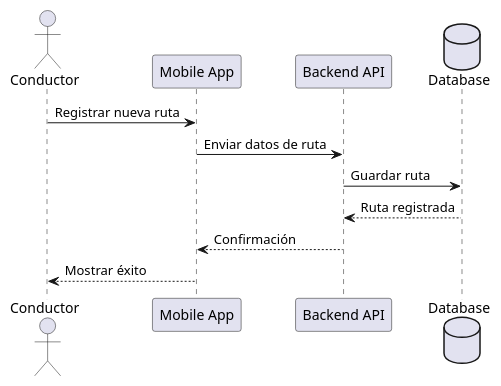
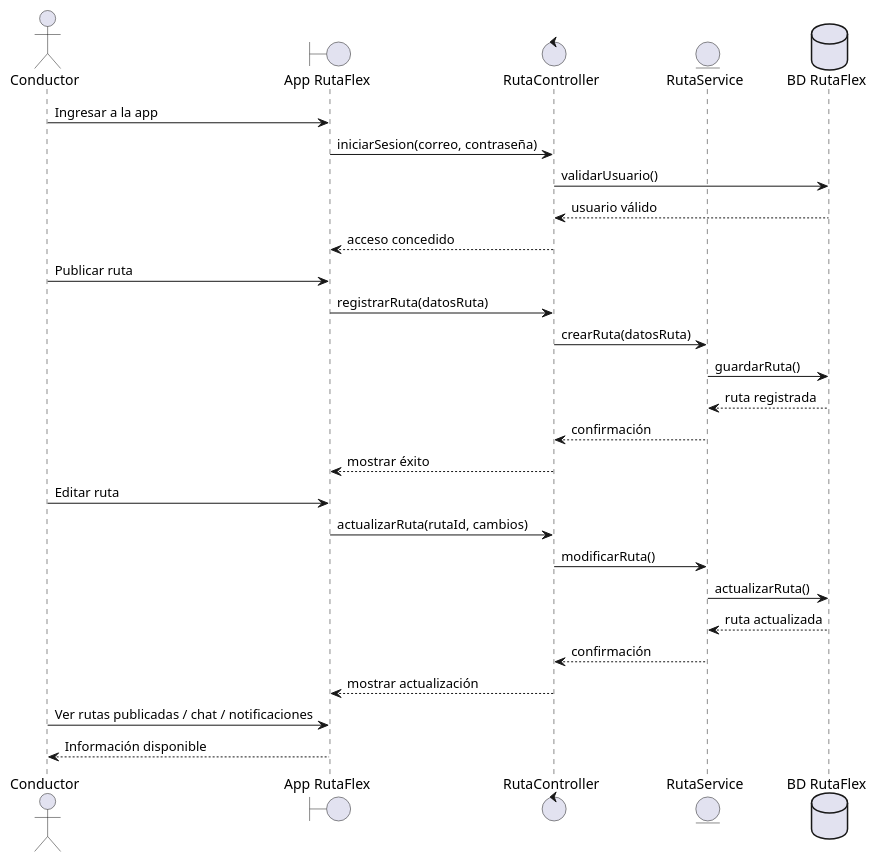
The diagram in Diagrama6.puml (Richard-suv/UML-PROYECTO), drawn with PlantUML before and after one commit. The commit also changed 11 other files, not shown here.

```diff
--- a/Diagrama6.puml
+++ b/Diagrama6.puml
@@ -1,16 +1,32 @@
 @startuml
+actor Conductor
+boundary "App RutaFlex" as App
+control "RutaController" as RutaC
+entity "RutaService" as RutaS
+database "BD RutaFlex" as DB
 
-actor Conductor
+Conductor -> App : Ingresar a la app
+App -> RutaC : iniciarSesion(correo, contraseña)
+RutaC -> DB : validarUsuario()
+DB --> RutaC : usuario válido
+RutaC --> App : acceso concedido
 
-participant "Mobile App" as App
-participant "Backend API" as API
-database "Database" as DB
+Conductor -> App : Publicar ruta
+App -> RutaC : registrarRuta(datosRuta)
+RutaC -> RutaS : crearRuta(datosRuta)
+RutaS -> DB : guardarRuta()
+DB --> RutaS : ruta registrada
+RutaS --> RutaC : confirmación
+RutaC --> App : mostrar éxito
 
-Conductor -> App : Registrar nueva ruta
-App -> API : Enviar datos de ruta
-API -> DB : Guardar ruta
-DB --> API : Ruta registrada
-API --> App : Confirmación
-App --> Conductor : Mostrar éxito
+Conductor -> App : Editar ruta
+App -> RutaC : actualizarRuta(rutaId, cambios)
+RutaC -> RutaS : modificarRuta()
+RutaS -> DB : actualizarRuta()
+DB --> RutaS : ruta actualizada
+RutaS --> RutaC : confirmación
+RutaC --> App : mostrar actualización
 
+Conductor -> App : Ver rutas publicadas / chat / notificaciones
+App --> Conductor : Información disponible
 @enduml
```
